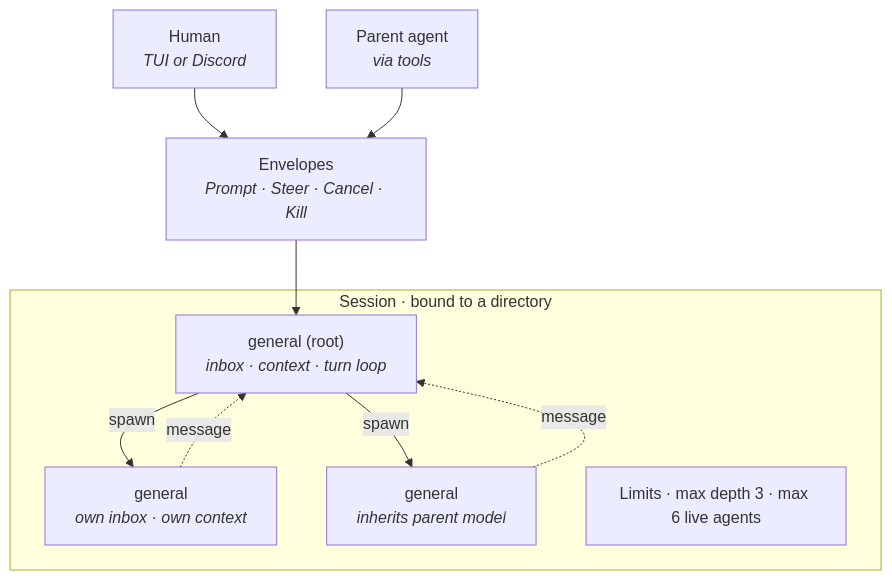
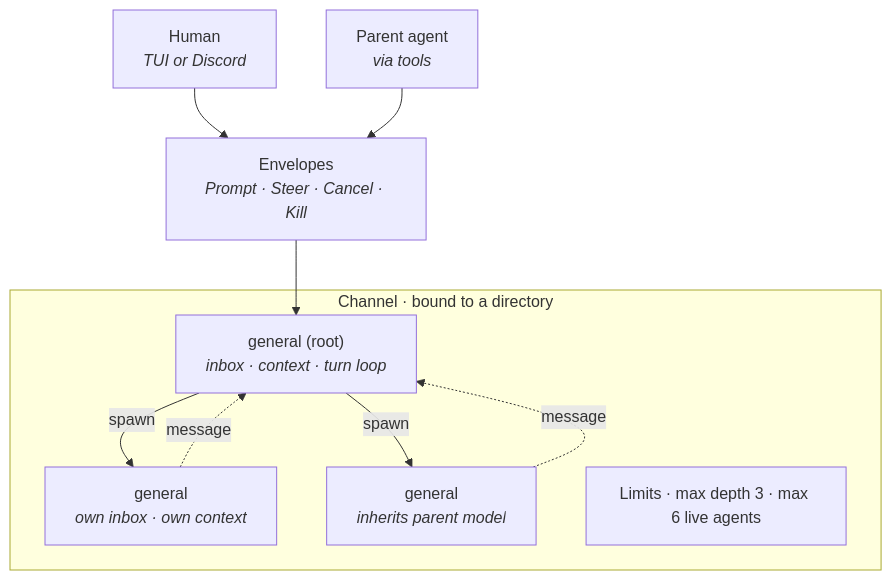
The second of 4 diagrams in docs/stavlos-prd.md (nicodes/stavlos), drawn with Mermaid before and after one commit. The commit also changed other lines of this file and 64 other files, not shown here.

````diff
--- a/docs/stavlos-prd.md
+++ b/docs/stavlos-prd.md
@@ -140,22 +140,22 @@
 ```mermaid
 flowchart TD
     HUMAN["Human<br/><i>TUI or Discord</i>"]
     PARENT["Parent agent<br/><i>via tools</i>"]
     ENV["Envelopes<br/><i>Prompt · Steer · Cancel · Kill</i>"]
 
     HUMAN --> ENV
     PARENT --> ENV
     ENV --> ROOT
 
-    subgraph SESSION["Session · bound to a directory"]
+    subgraph CHANNEL["Channel · bound to a directory"]
         ROOT["general (root)<br/><i>inbox · context · turn loop</i>"]
         EXPL["general<br/><i>own inbox · own context</i>"]
         TEST["general<br/><i>inherits parent model</i>"]
         LIMITS["Limits · max depth 3 · max 6 live agents"]
 
         ROOT -- spawn --> EXPL
         ROOT -- spawn --> TEST
         EXPL -. message .-> ROOT
         TEST -. message .-> ROOT
     end
 ```
````
